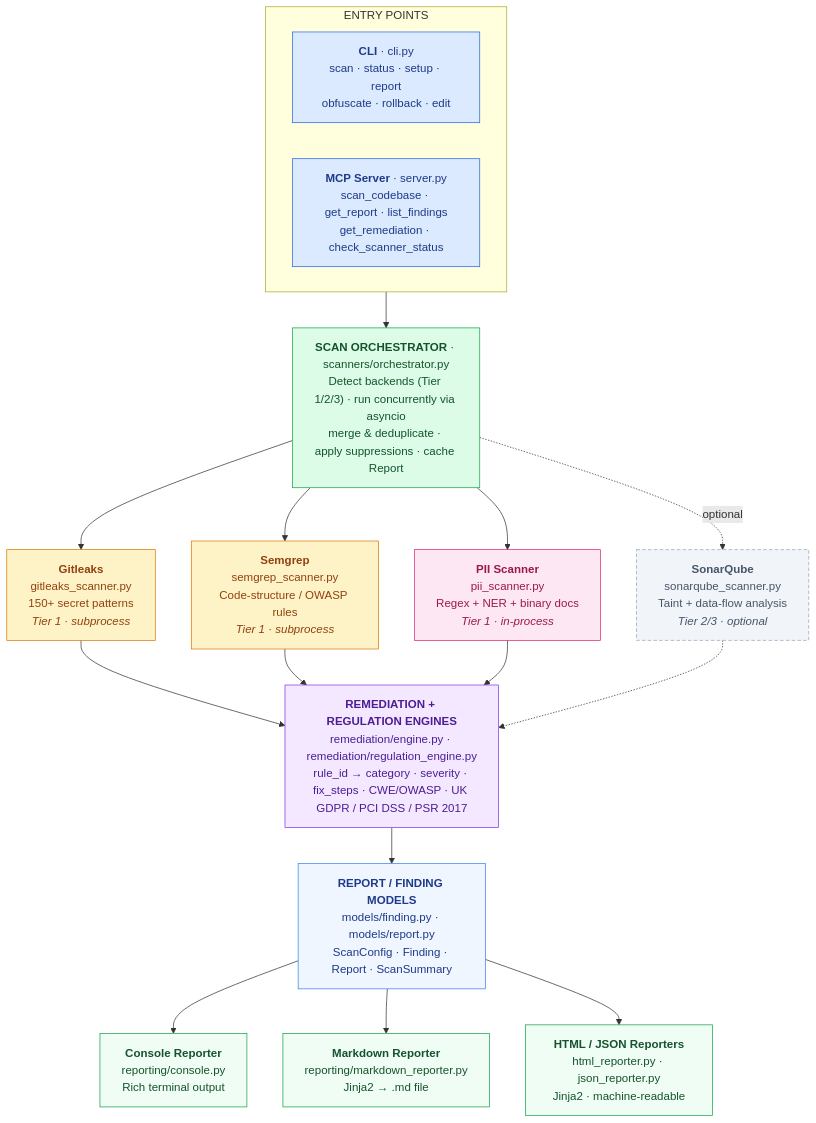
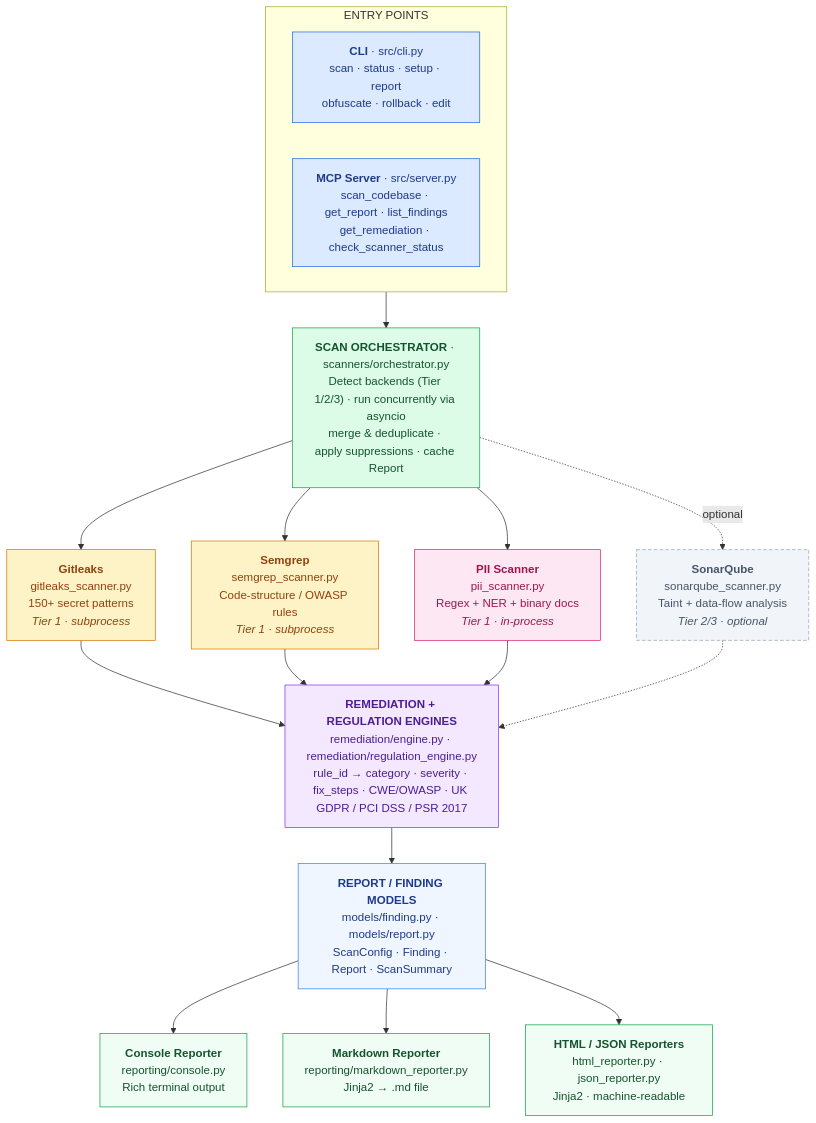
The first of 2 diagrams in docs/design/HIGH-LEVEL-DESIGN.md (DEFRA/lap-pii-screener), drawn with Mermaid before and after one commit. The commit also changed other lines of this file and 25 other files, not shown here.

````diff
--- a/docs/design/HIGH-LEVEL-DESIGN.md
+++ b/docs/design/HIGH-LEVEL-DESIGN.md
@@ -35,59 +35,59 @@
 ```mermaid
 flowchart TD
     subgraph EP["ENTRY POINTS"]
         direction LR
-        CLI["<b>CLI</b> · cli.py<br/>scan · status · setup · report<br/>obfuscate · rollback · edit"]
-        MCP["<b>MCP Server</b> · server.py<br/>scan_codebase · get_report · list_findings<br/>get_remediation · check_scanner_status"]
+        CLI["<b>CLI</b> · src/cli.py<br/>scan · status · setup · report<br/>obfuscate · rollback · edit"]
+        MCP["<b>MCP Server</b> · src/server.py<br/>scan_codebase · get_report · list_findings<br/>get_remediation · check_scanner_status"]
     end
 
     ORCH["<b>SCAN ORCHESTRATOR</b> · scanners/orchestrator.py<br/>Detect backends (Tier 1/2/3) · run concurrently via asyncio<br/>merge &amp; deduplicate · apply suppressions · cache Report"]
 
     EP --> ORCH
 
     GL["<b>Gitleaks</b><br/>gitleaks_scanner.py<br/>150+ secret patterns<br/><i>Tier 1 · subprocess</i>"]
     SG["<b>Semgrep</b><br/>semgrep_scanner.py<br/>Code-structure / OWASP rules<br/><i>Tier 1 · subprocess</i>"]
     PII["<b>PII Scanner</b><br/>pii_scanner.py<br/>Regex + NER + binary docs<br/><i>Tier 1 · in-process</i>"]
     SQ["<b>SonarQube</b><br/>sonarqube_scanner.py<br/>Taint + data-flow analysis<br/><i>Tier 2/3 · optional</i>"]
 
     ORCH --> GL
     ORCH --> SG
     ORCH --> PII
     ORCH -. optional .-> SQ
 
     REM["<b>REMEDIATION + REGULATION ENGINES</b><br/>remediation/engine.py · remediation/regulation_engine.py<br/>rule_id → category · severity · fix_steps · CWE/OWASP · UK GDPR / PCI DSS / PSR 2017"]
 
     GL --> REM
     SG --> REM
     PII --> REM
     SQ -.-> REM
 
     MODELS["<b>REPORT / FINDING MODELS</b><br/>models/finding.py · models/report.py<br/>ScanConfig · Finding · Report · ScanSummary"]
 
     REM --> MODELS
 
     CON["<b>Console Reporter</b><br/>reporting/console.py<br/>Rich terminal output"]
     MD["<b>Markdown Reporter</b><br/>reporting/markdown_reporter.py<br/>Jinja2 → .md file"]
     HJ["<b>HTML / JSON Reporters</b><br/>html_reporter.py · json_reporter.py<br/>Jinja2 · machine-readable"]
 
     MODELS --> CON
     MODELS --> MD
     MODELS --> HJ
 
     classDef entry fill:#DBEAFE,stroke:#2563EB,color:#1E3A8A
     classDef orch fill:#DCFCE7,stroke:#16A34A,color:#14532D
     classDef tool fill:#FEF3C7,stroke:#D97706,color:#92400E
     classDef pii fill:#FCE7F3,stroke:#DB2777,color:#9D174D
     classDef opt fill:#F1F5F9,stroke:#94A3B8,color:#475569,stroke-dasharray:5 3
     classDef rem fill:#F3E8FF,stroke:#7C3AED,color:#4C1D95
     classDef model fill:#EFF6FF,stroke:#3B82F6,color:#1E3A8A
     classDef rep fill:#F0FDF4,stroke:#16A34A,color:#14532D
 
     class CLI,MCP entry
     class ORCH orch
     class GL,SG tool
     class PII pii
     class SQ opt
     class REM rem
     class MODELS model
     class CON,MD,HJ rep
 ```
````
